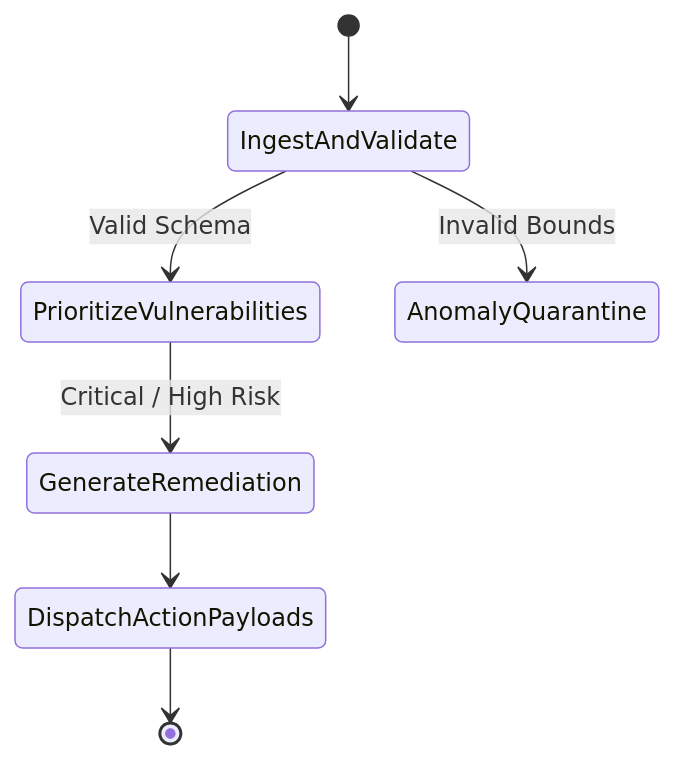
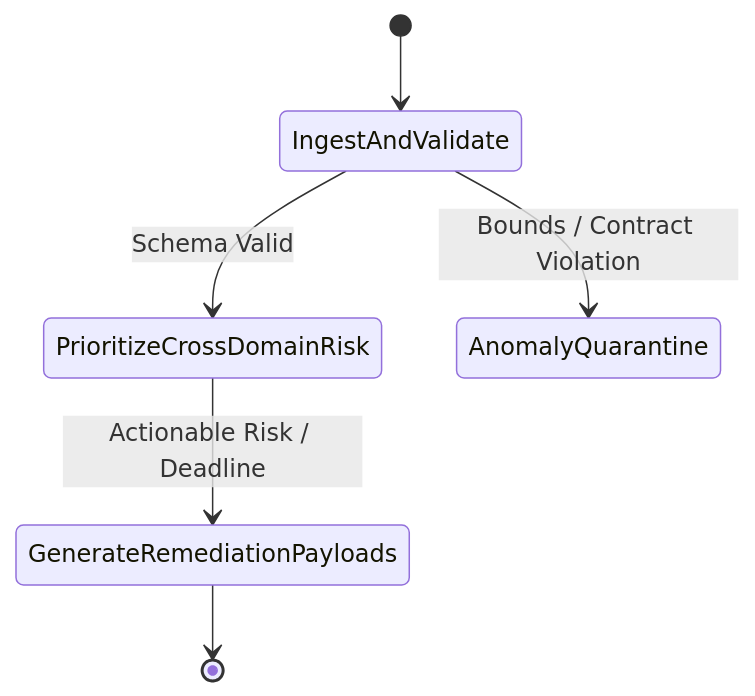
The second of 2 diagrams in README.md (amanmishra22/agentic-data-engine), drawn with Mermaid before and after one commit. The commit also changed other lines of this file and 5 other files, not shown here.

Commit message:
feat: expand Draft 2020-12 schemas and LangGraph triage engine across 5 enterprise domains

````diff
--- a/README.md
+++ b/README.md
@@ -91,9 +101,8 @@
 ```mermaid
 stateDiagram-v2
     [*] --> IngestAndValidate
-    IngestAndValidate --> PrioritizeVulnerabilities : Valid Schema
-    IngestAndValidate --> AnomalyQuarantine : Invalid Bounds
-    PrioritizeVulnerabilities --> GenerateRemediation : Critical / High Risk
-    GenerateRemediation --> DispatchActionPayloads
-    DispatchActionPayloads --> [*]
+    IngestAndValidate --> PrioritizeCrossDomainRisk : Schema Valid
+    IngestAndValidate --> AnomalyQuarantine : Bounds / Contract Violation
+    PrioritizeCrossDomainRisk --> GenerateRemediationPayloads : Actionable Risk / Deadline
+    GenerateRemediationPayloads --> [*]
 ```
````
